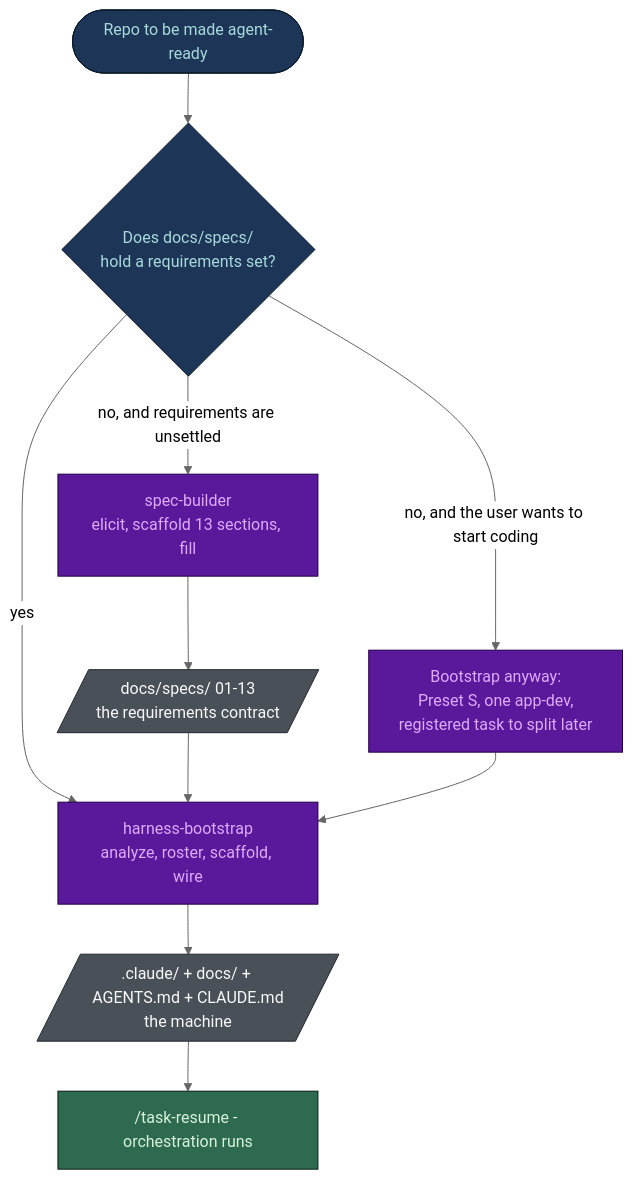
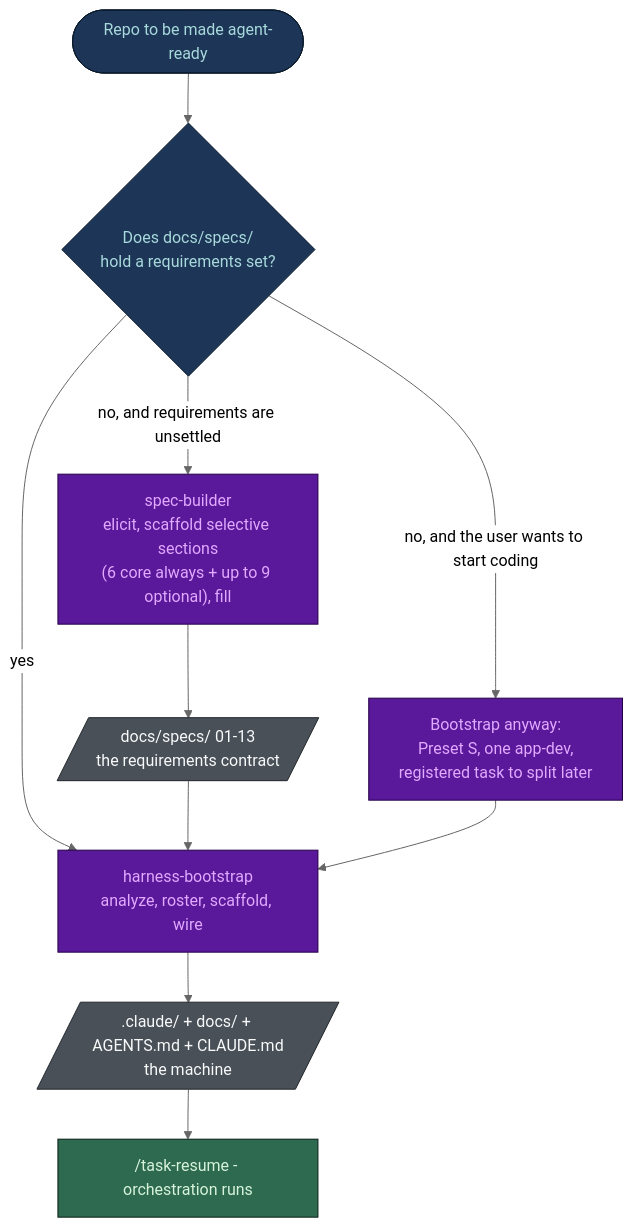
Before and after one commit to nguyenhx2/agent-harness-bootstrap: the second of 7 diagrams in docs/FLOWS.md, drawn with Mermaid (neutral theme). The commit also changed other lines of this file and 136 other files, not shown here.

First line of the commit message:
v1.8.0: fitted roster, harness graph and viewer, runtime toggles, selective specs (#3)

````diff
--- a/docs/FLOWS.md
+++ b/docs/FLOWS.md
@@ -52,34 +52,34 @@
 ```mermaid
 flowchart TD
     START(["Repo to be made agent-ready"])
     Q{"Does docs/specs/<br/>hold a requirements set?"}
 
-    SB["spec-builder<br/>elicit, scaffold 13 sections, fill"]
+    SB["spec-builder<br/>elicit, scaffold selective sections<br/>(6 core always + up to 9 optional), fill"]
     SPECS[/"docs/specs/ 01-13<br/>the requirements contract"/]
 
     HB["harness-bootstrap<br/>analyze, roster, scaffold, wire"]
     HARNESS[/".claude/ + docs/ + AGENTS.md + CLAUDE.md<br/>the machine"/]
 
     NOSPEC["Bootstrap anyway:<br/>Preset S, one app-dev,<br/>registered task to split later"]
     RUN["/task-resume - orchestration runs"]
 
     START --> Q
     Q -->|"yes"| HB
     Q -->|"no, and requirements are unsettled"| SB
     Q -->|"no, and the user wants to start coding"| NOSPEC
     SB --> SPECS
     SPECS --> HB
     NOSPEC --> HB
     HB --> HARNESS
     HARNESS --> RUN
 
     classDef det fill:#2D6A4F,stroke:#081C15,stroke-width:1px,color:#D8F3DC
     classDef mod fill:#5A189A,stroke:#240046,stroke-width:1px,color:#E0AAFF
     classDef hum fill:#1D3557,stroke:#0B1B2B,stroke-width:1px,color:#A8DADC
     classDef art fill:#495057,stroke:#212529,stroke-width:1px,color:#F8F9FA
 
     class SB,HB,NOSPEC mod
     class START,Q hum
     class SPECS,HARNESS art
     class RUN det
 ```
````
